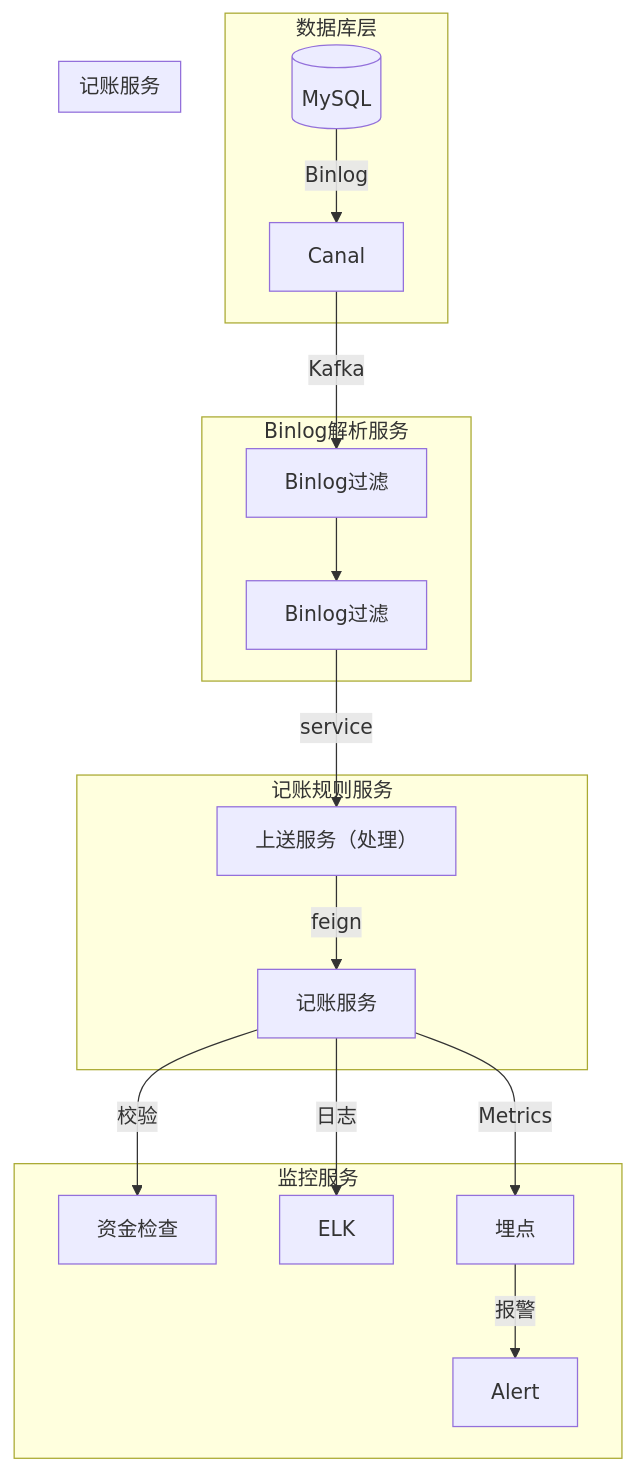
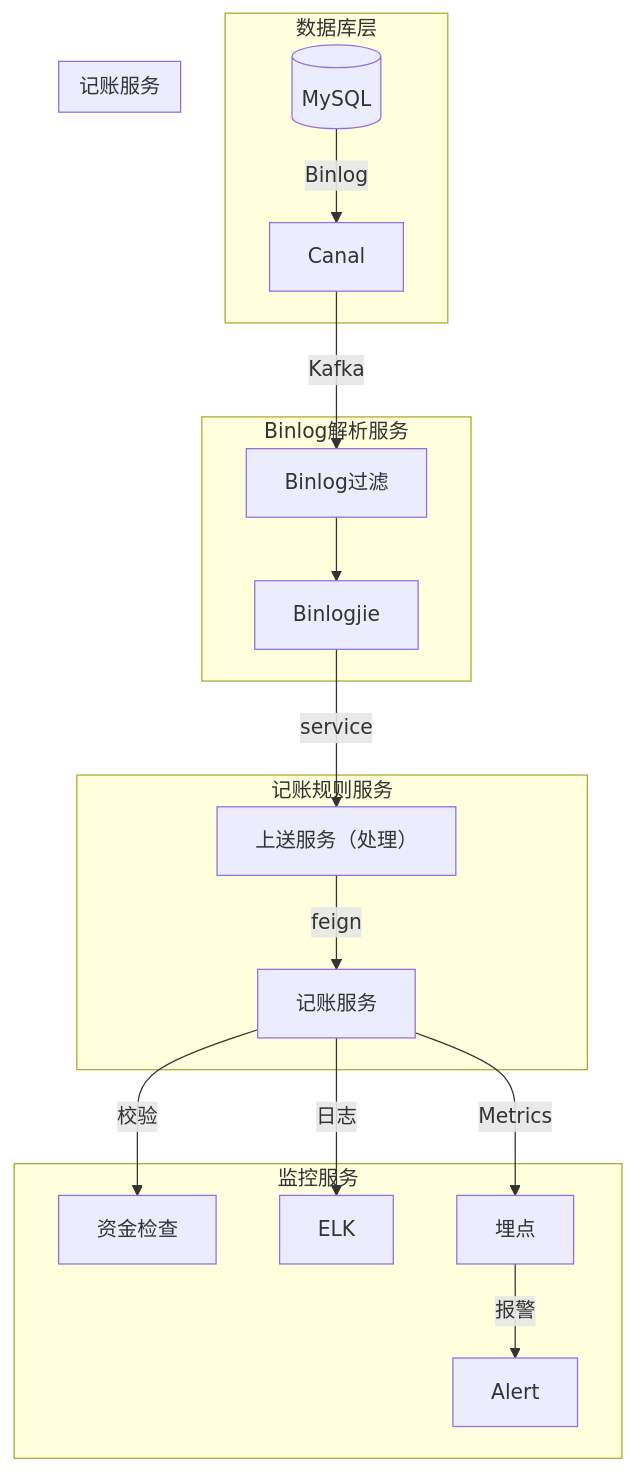
Before and after one commit to 87828943/iodraw-files: the diagram in all/记账架构图.md, drawn with Mermaid.

Commit message:
2025-07-07 14:43:14 update

````diff
--- a/all/记账架构图.md
+++ b/all/记账架构图.md
@@ -1,23 +1,23 @@
 ```mermaid
 graph TB
     subgraph 数据库层
         DB[(MySQL)] -->|Binlog| Canal
     end
     subgraph Binlog解析服务
         Canal -->|Kafka| Parser[Binlog过滤]
-        Parser --> Parser2[Binlog过滤]
+        Parser --> Parser2[Binlogjie]
     end
     subgraph 记账规则服务
         Parser2 -->|service| Engine[上送服务（处理）]
         Engine -->|feign| Accounting[记账服务]
     end
     subgraph 记账服务
        
     end
     subgraph 监控服务
         Accounting --> |校验| 资金检查
         Accounting -->|日志| ELK
         Accounting -->|Metrics| 埋点
         埋点 -->|报警| Alert
     end
 ```
````
